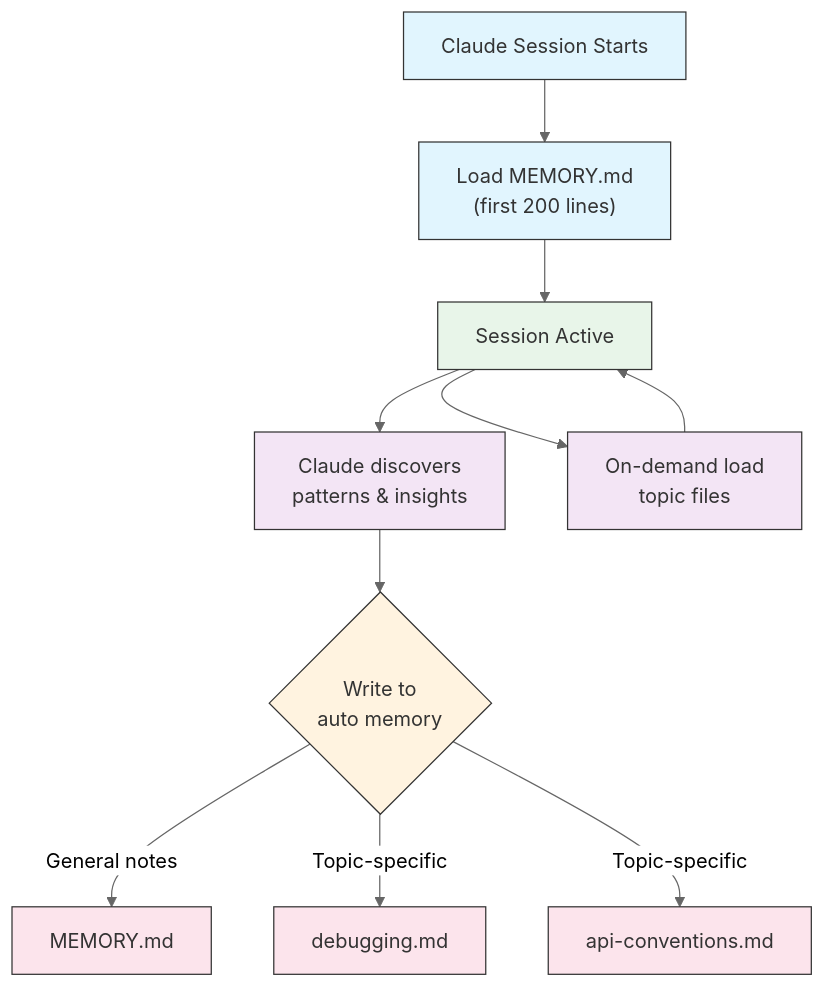
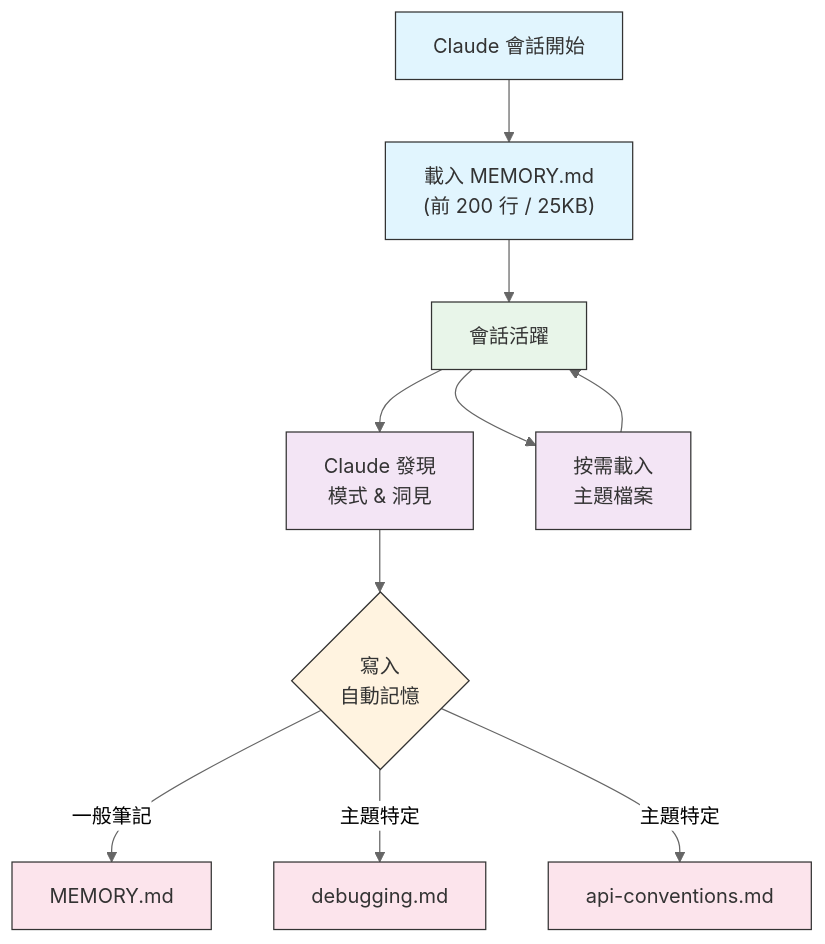
One commit to huckly/claude-howto-zh-tw changed the fourth of 4 diagrams in 02-memory/README.md. Above: the diagram before and after it, drawn with Mermaid (neutral theme). The commit also changed other lines of this file and 3 other files, not shown here.

````diff
--- a/02-memory/README.md
+++ b/02-memory/README.md
@@ -435,22 +413,22 @@
 ```mermaid
 graph TD
-    A["Claude Session Starts"] --> B["Load MEMORY.md<br/>(first 200 lines)"]
-    B --> C["Session Active"]
-    C --> D["Claude discovers<br/>patterns & insights"]
-    D --> E{"Write to<br/>auto memory"}
-    E -->|General notes| F["MEMORY.md"]
-    E -->|Topic-specific| G["debugging.md"]
-    E -->|Topic-specific| H["api-conventions.md"]
-    C --> I["On-demand load<br/>topic files"]
+    A["Claude 會話開始"] --> B["載入 MEMORY.md<br/>(前 200 行 / 25KB)"]
+    B --> C["會話活躍"]
+    C --> D["Claude 發現<br/>模式 & 洞見"]
+    D --> E{"寫入<br/>自動記憶"}
+    E -->|一般筆記| F["MEMORY.md"]
+    E -->|主題特定| G["debugging.md"]
+    E -->|主題特定| H["api-conventions.md"]
+    C --> I["按需載入<br/>主題檔案"]
     I --> C
 
     style A fill:#e1f5fe,stroke:#333,color:#333
     style B fill:#e1f5fe,stroke:#333,color:#333
     style C fill:#e8f5e9,stroke:#333,color:#333
     style D fill:#f3e5f5,stroke:#333,color:#333
     style E fill:#fff3e0,stroke:#333,color:#333
     style F fill:#fce4ec,stroke:#333,color:#333
     style G fill:#fce4ec,stroke:#333,color:#333
     style H fill:#fce4ec,stroke:#333,color:#333
     style I fill:#f3e5f5,stroke:#333,color:#333
 ```
````
